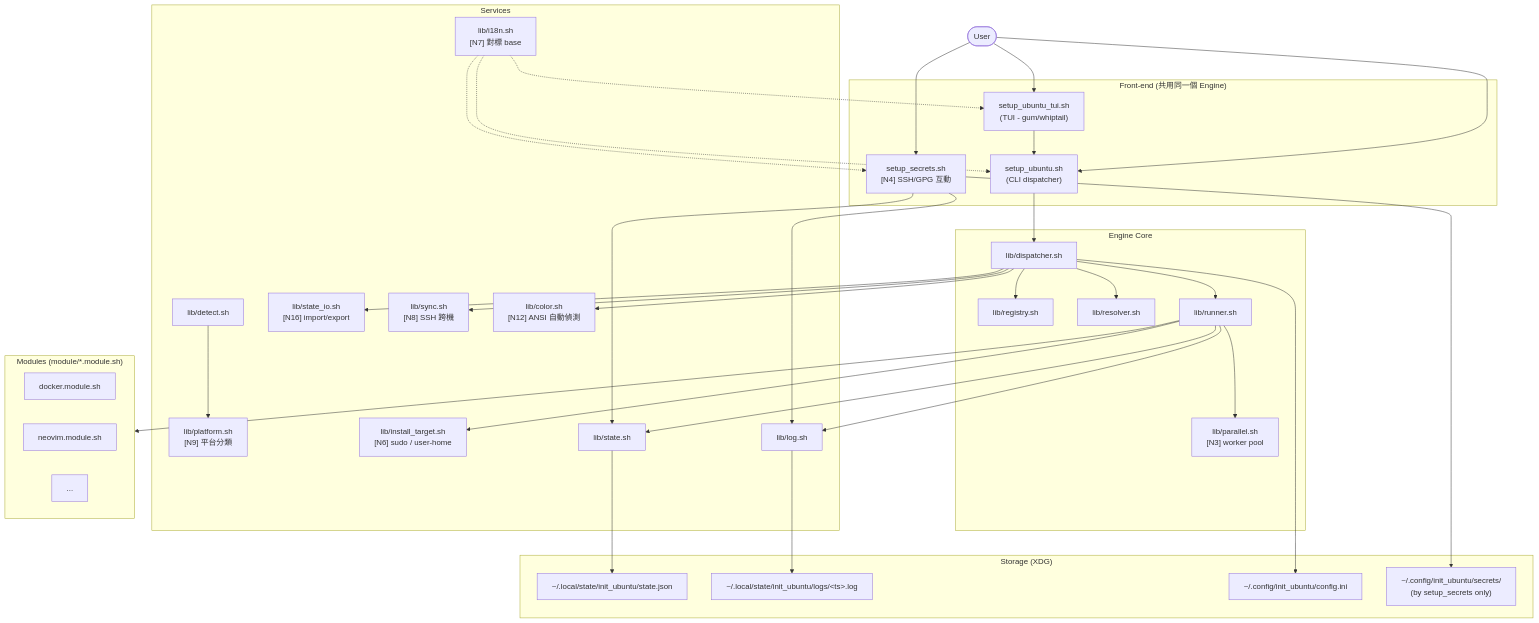
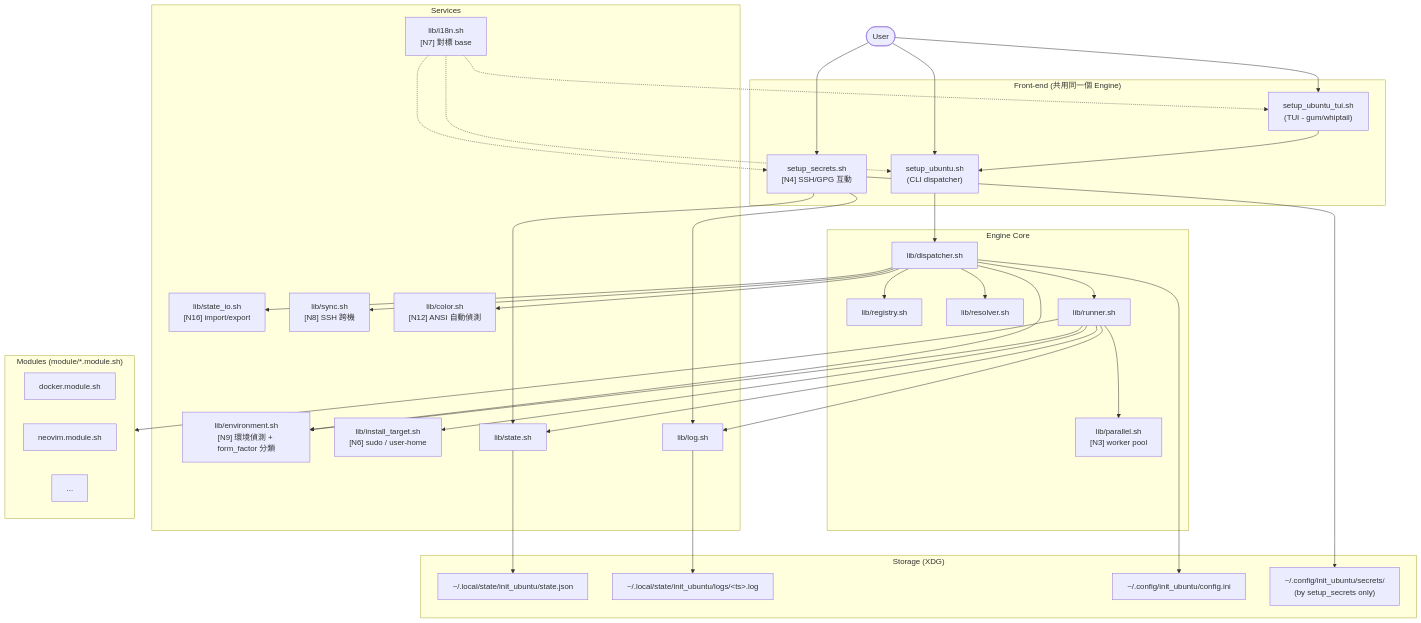
The first of 7 diagrams in doc/architecture.md (ycpss91255/initialization), drawn with Mermaid before and after one commit. The commit also changed other lines of this file and 15 other files, not shown here.

First line of the commit message:
refactor(engine): merge detect + platform into one deep Environment module (deepening #5) (#253)

````diff
--- a/doc/architecture.md
+++ b/doc/architecture.md
@@ -11,73 +11,73 @@
 ```mermaid
 graph TB
     user([User])
 
     subgraph frontend["Front-end (共用同一個 Engine)"]
         cli["setup_ubuntu.sh<br/>(CLI dispatcher)"]
         tui["setup_ubuntu_tui.sh<br/>(TUI - gum/whiptail)"]
         secrets["setup_secrets.sh<br/>[N4] SSH/GPG 互動"]
     end
 
     subgraph engine["Engine Core"]
         dispatcher["lib/dispatcher.sh"]
         registry["lib/registry.sh"]
         resolver["lib/resolver.sh"]
         runner["lib/runner.sh"]
         parallel["lib/parallel.sh<br/>[N3] worker pool"]
     end
 
     subgraph services["Services"]
-        detect["lib/detect.sh"]
-        platform["lib/platform.sh<br/>[N9] 平台分類"]
+        environment["lib/environment.sh<br/>[N9] 環境偵測 + form_factor 分類"]
         install_tgt["lib/install_target.sh<br/>[N6] sudo / user-home"]
         state["lib/state.sh"]
         importer["lib/state_io.sh<br/>[N16] import/export"]
         sync["lib/sync.sh<br/>[N8] SSH 跨機"]
         log_svc["lib/log.sh"]
         i18n["lib/i18n.sh<br/>[N7] 對標 base"]
         color["lib/color.sh<br/>[N12] ANSI 自動偵測"]
     end
 
     subgraph modules["Modules (module/*.module.sh)"]
         m_docker["docker.module.sh"]
         m_neovim["neovim.module.sh"]
         m_etc["..."]
     end
 
     subgraph storage["Storage (XDG)"]
         state_json["~/.local/state/init_ubuntu/state.json"]
         log_file["~/.local/state/init_ubuntu/logs/&lt;ts&gt;.log"]
         config_ini["~/.config/init_ubuntu/config.ini"]
         secrets_dir["~/.config/init_ubuntu/secrets/<br/>(by setup_secrets only)"]
     end
 
     user --> cli
     user --> tui
     user --> secrets
     cli --> dispatcher
     tui --> cli
     secrets --> state
     secrets --> log_svc
 
     dispatcher --> registry
     dispatcher --> resolver
     dispatcher --> runner
     dispatcher --> sync
     dispatcher --> importer
     dispatcher --> color
 
     runner --> parallel
     runner --> install_tgt
     runner --> modules
     runner --> state
     runner --> log_svc
 
-    detect --> platform
     state --> state_json
     log_svc --> log_file
     dispatcher --> config_ini
+    dispatcher --> environment
+    runner --> environment
     secrets --> secrets_dir
     i18n -.-> cli
     i18n -.-> tui
     i18n -.-> secrets
 ```
````
